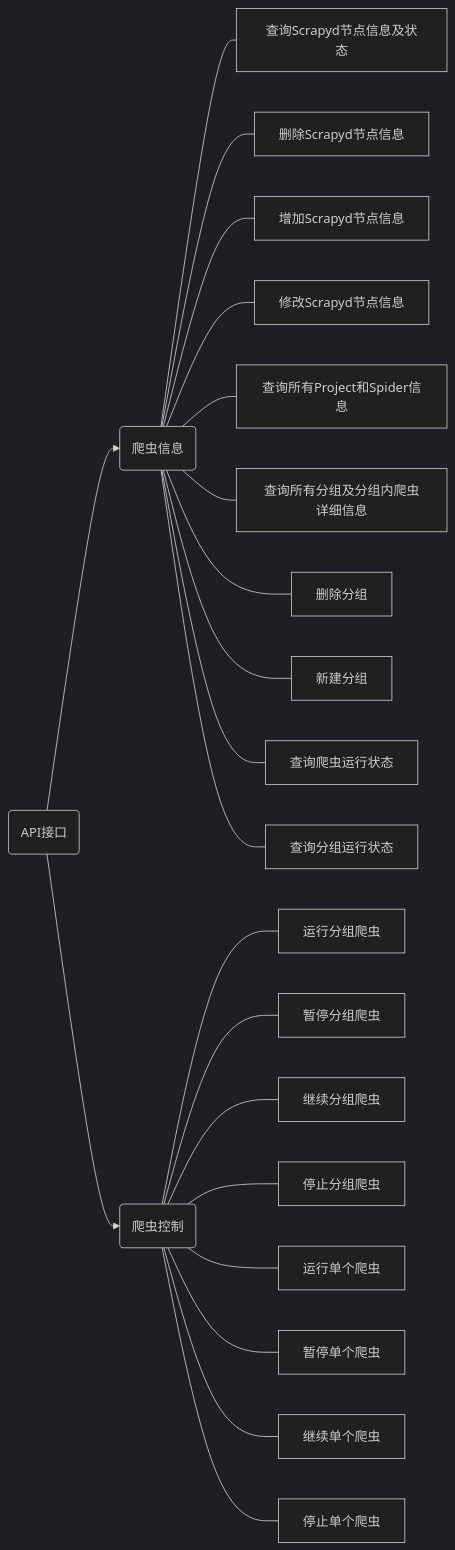
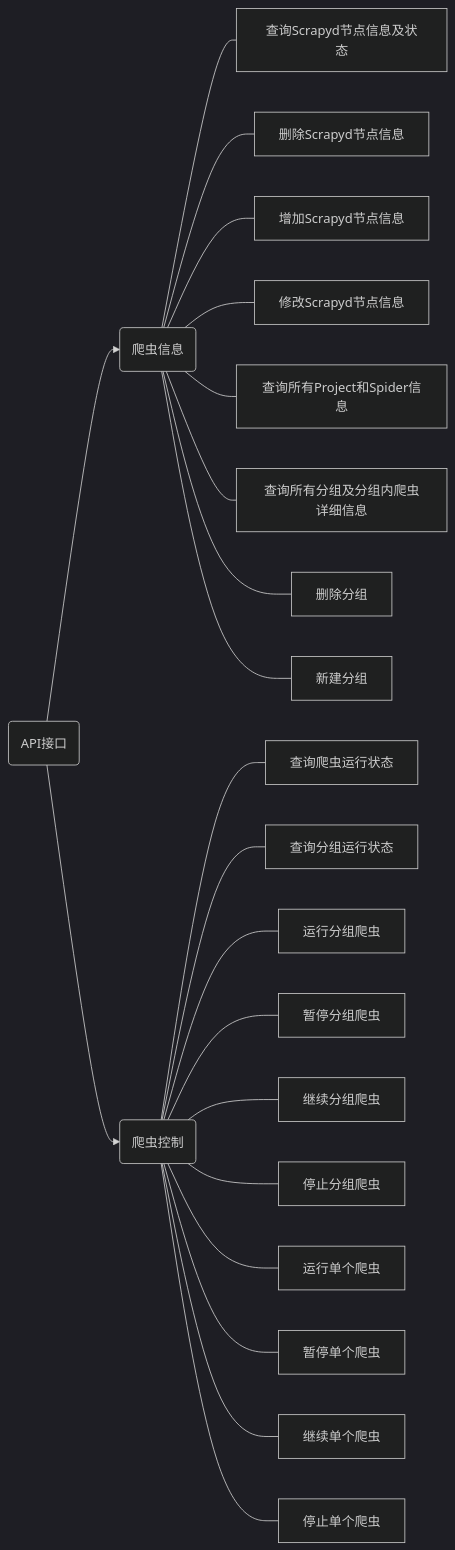
One commit to ToonoW/SpiderManager changed the second of 3 diagrams in docs/项目设计.md. Above: the diagram before and after it, drawn with Mermaid (dark theme). The commit also changed other lines of this file and 25 other files, not shown here.

````diff
--- a/docs/项目设计.md
+++ b/docs/项目设计.md
@@ -48,23 +48,23 @@
 ```mermaid
 graph LR;
 	a(API接口)-->b(爬虫信息)
 		b---查询Scrapyd节点信息及状态
 		b---删除Scrapyd节点信息
 		b---增加Scrapyd节点信息
 		b---修改Scrapyd节点信息
 		b---查询所有Project和Spider信息
 		b---查询所有分组及分组内爬虫详细信息
 		b---删除分组
 		b---新建分组
-		b---查询爬虫运行状态
-		b---查询分组运行状态
 	a-->c(爬虫控制)
+		c---查询爬虫运行状态
+		c---查询分组运行状态
 		c---运行分组爬虫
 		c---暂停分组爬虫
 		c---继续分组爬虫
 		c---停止分组爬虫
 		c---运行单个爬虫
 		c---暂停单个爬虫
 		c---继续单个爬虫
 		c---停止单个爬虫
 ```
````
